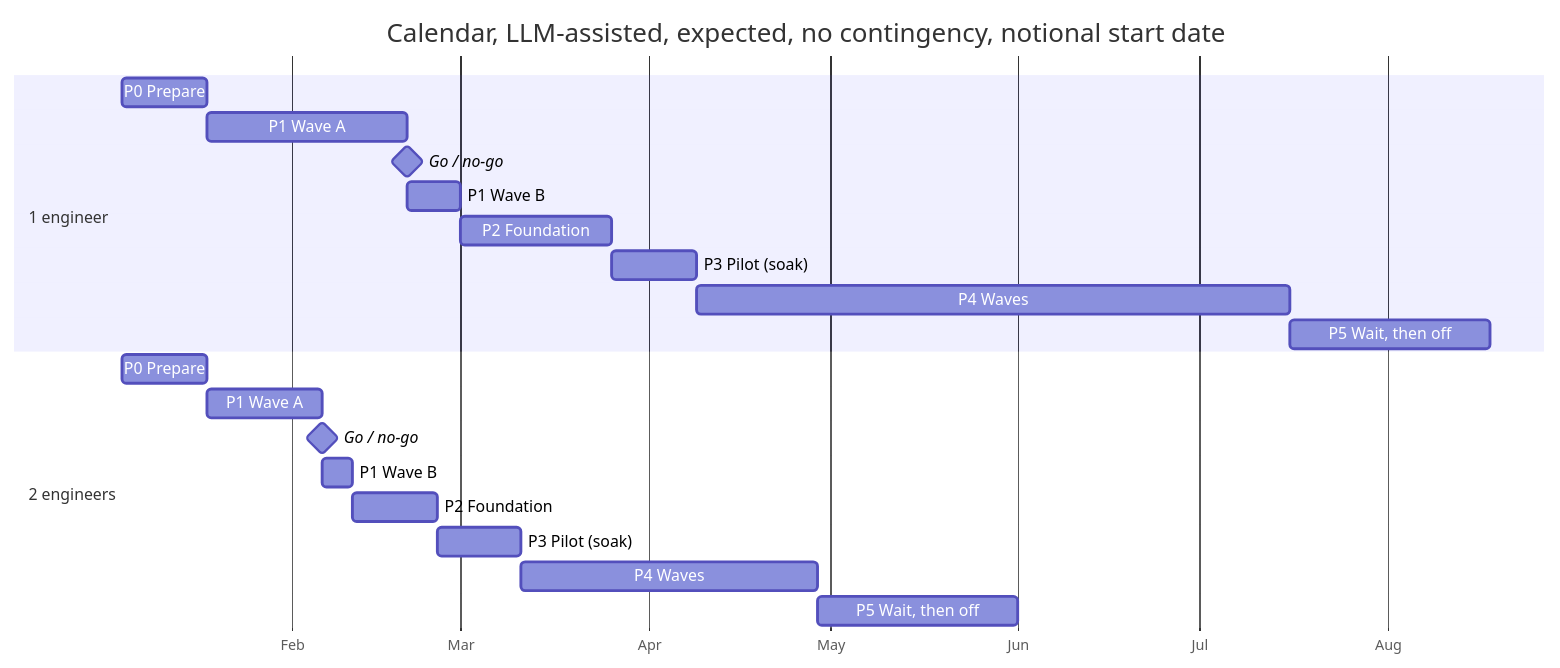
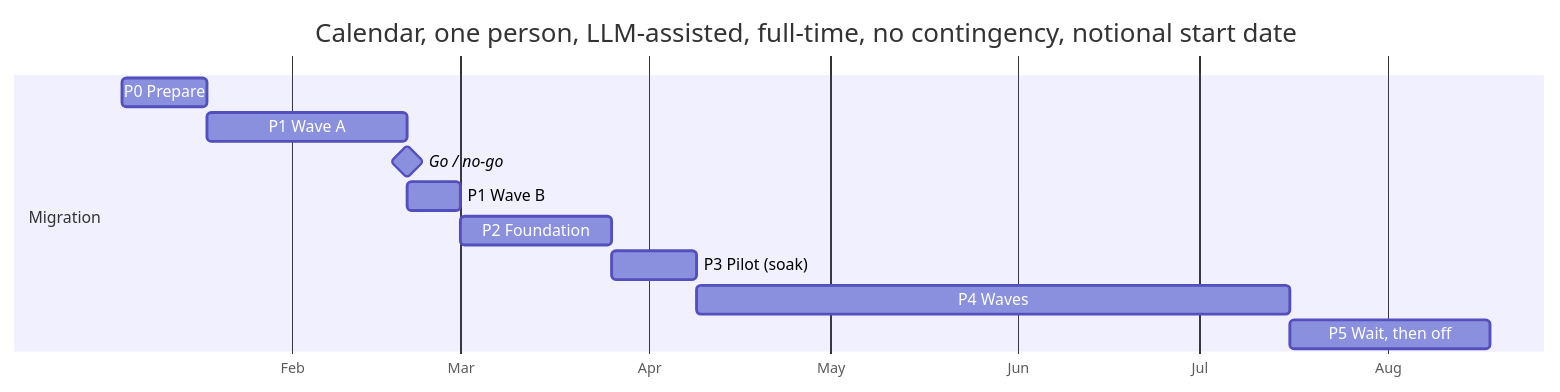
Diagram 12 of 12 in docs/2-migration-plan.md (infroid/temporal-vs-dagster), drawn with Mermaid before and after one commit. The commit also changed other lines of this file and 1 other file, not shown here.

First line of the commit message:
Re-base estimates on one person working alone

````diff
--- a/docs/2-migration-plan.md
+++ b/docs/2-migration-plan.md
@@ -974,24 +983,15 @@
 ```mermaid
 gantt
-  title Calendar, LLM-assisted, expected, no contingency, notional start date
+  title Calendar, one person, LLM-assisted, full-time, no contingency, notional start date
   dateFormat YYYY-MM-DD
   axisFormat %b
-  section 1 engineer
+  section Migration
   P0 Prepare           :a0, 2027-01-04, 14d
   P1 Wave A            :a1, after a0, 33d
   Go / no-go           :milestone, ma, after a1, 0d
   P1 Wave B            :a2, after a1, 9d
   P2 Foundation        :a3, after a2, 25d
   P3 Pilot (soak)      :a4, after a3, 14d
   P4 Waves             :a5, after a4, 98d
   P5 Wait, then off    :a6, after a5, 33d
-  section 2 engineers
-  P0 Prepare           :b0, 2027-01-04, 14d
-  P1 Wave A            :b1, after b0, 19d
-  Go / no-go           :milestone, mb, after b1, 0d
-  P1 Wave B            :b2, after b1, 5d
-  P2 Foundation        :b3, after b2, 14d
-  P3 Pilot (soak)      :b4, after b3, 14d
-  P4 Waves             :b5, after b4, 49d
-  P5 Wait, then off    :b6, after b5, 33d
 ```
````
